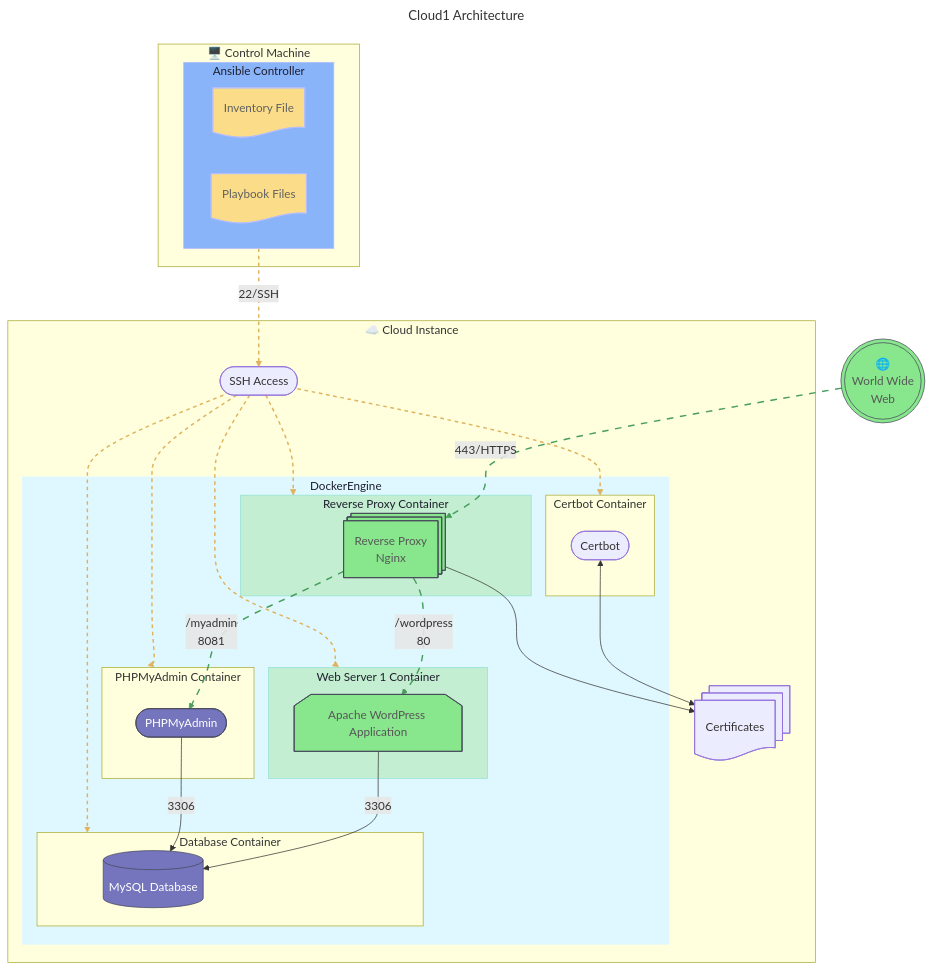
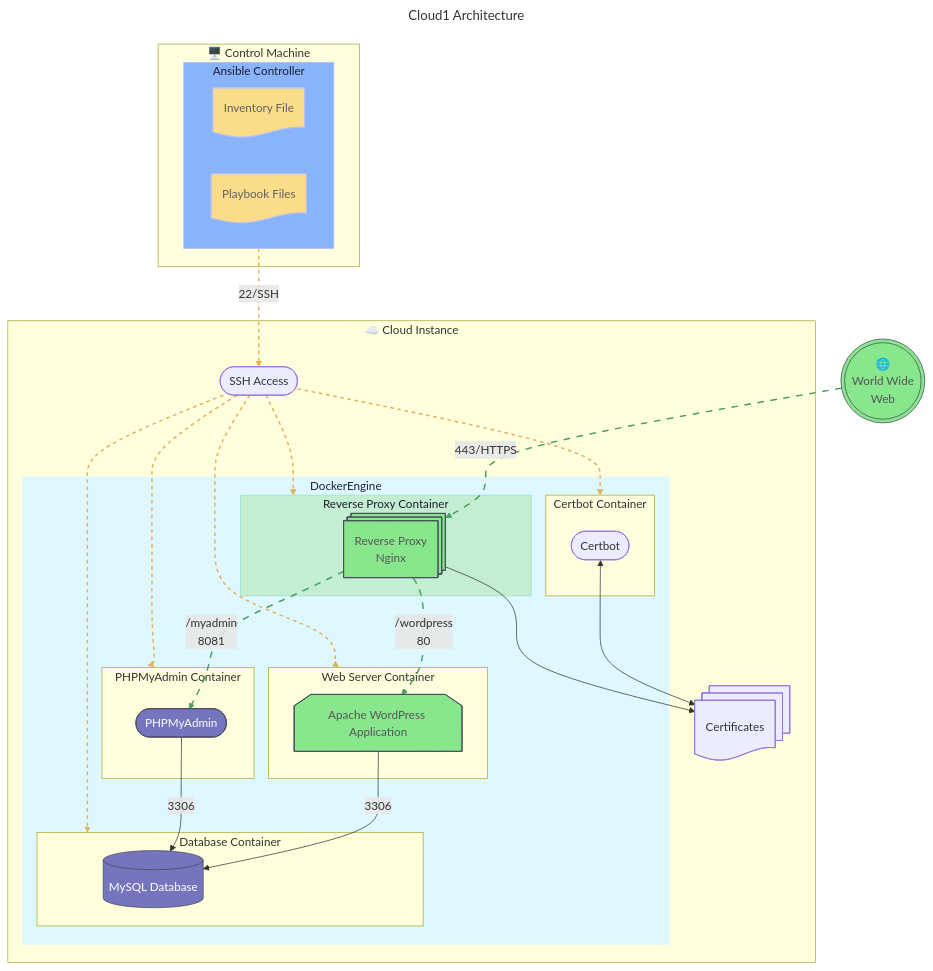
The first of 2 diagrams in WordPressDeploy/README.md (Tablerase/Cloud1), drawn with Mermaid before and after one commit. The commit also changed other lines of this file and 5 other files, not shown here.

````diff
--- a/WordPressDeploy/README.md
+++ b/WordPressDeploy/README.md
@@ -37,68 +136,68 @@
 ```mermaid
 ---
 title: Cloud1 Architecture
 config:
   layout: dagre
 ---
 flowchart TB
     WorldWideWeb@{ shape: dbl-circ, label: "🌐<br>World Wide<br>Web" }
     subgraph ControlMachine["🖥️ Control Machine"]
       subgraph AnsibleController["Ansible Controller"]
         InvFile@{ shape: doc, label: "Inventory File" }
         PLY@{ shape: doc, label: "Playbook Files" }
       end
     end
     subgraph Cloud["☁️ Cloud Instance"]
       sshAccess@{ shape: terminal, label: "SSH Access" }
       certificates@{ shape: docs, label: "Certificates" }
       subgraph DockerEngine
         subgraph DatabaseContainer["Database Container"]
             DB@{ shape: database, label: "MySQL Database" }
         end
         subgraph PMAContainer["PHPMyAdmin Container"]
             PMA@{ shape: terminal, label: "PHPMyAdmin" }
         end
         subgraph ReverseProxyContainer["Reverse Proxy Container"]
             RVP@{ shape: procs, label: "Reverse Proxy<br>Nginx" }
         end
-        subgraph WebServer1Container["Web Server 1 Container"]
-            WP1@{ shape: loop-limit, label: "Apache WordPress Application" }
+        subgraph WebServerContainer["Web Server Container"]
+            WP@{ shape: loop-limit, label: "Apache WordPress Application" }
         end
         subgraph CertbotContainer["Certbot Container"]
             CB@{ shape: terminal, label: "Certbot" }
         end
       end
     end
 
     WorldWideWeb w@-->|443/HTTPS| RVP
     AnsibleController assh@-->|22/SSH| sshAccess
     sshAccess arvp@--> ReverseProxyContainer
-    sshAccess aws1@--> WebServer1Container
+    sshAccess aws1@--> WebServerContainer
     sshAccess adb@--> DatabaseContainer
     sshAccess apma@--> PMAContainer
     sshAccess acb@--> CertbotContainer
-    RVP rvp1@-->|/wordpress<br>80| WP1
+    RVP rvp1@-->|/wordpress<br>80| WP
     RVP rvp2@-->|/myadmin<br>8081| PMA
-    WP1 -->|3306| DB
+    WP -->|3306| DB
     PMA -->|3306| DB
     CB <--> certificates
     RVP --> certificates
 
     classDef files fill: #fadc89ff,color: #616161ff,stroke: #b4befe
     classDef database fill: #7575bdff,color: #ffffffff,stroke: #45475a
     classDef web fill: #88e68dff,color: #575757ff,stroke: #45475a
     classDef ansible fill: #89b4fa,color: #1e1e2e,stroke: #b4befe
     classDef webContainer fill: #a6e3a17c,color: #1e1e2e,stroke: #94e2d5
     classDef docker fill: #dff8ffff,color: #1e1e2e,stroke: #dff8ffff
     classDef web-anim stroke-dasharray: 9,5, stroke-dashoffset: 900, stroke-width: 2, stroke: #489e5dff, animation: dash 25s linear infinite;
     classDef ansible-anim stroke-dasharray: 5,5, stroke-dashoffset: 300, stroke-width: 2, stroke: #e0b25cff, animation: dash 25s linear infinite;
 
     class rvp1,rvp2,w web-anim
     class assh,arvp,aws1,adb,apma,acb ansible-anim
     class InvFile,PLY files
     class DB,PMA database
-    class RVP,WP1,WP2,WorldWideWeb web
+    class RVP,WP,WorldWideWeb web
     class AnsibleController ansible
     class WebServer1Container,WebServer2Container,ReverseProxyContainer webContainer
     class DockerEngine docker
 ```
````
